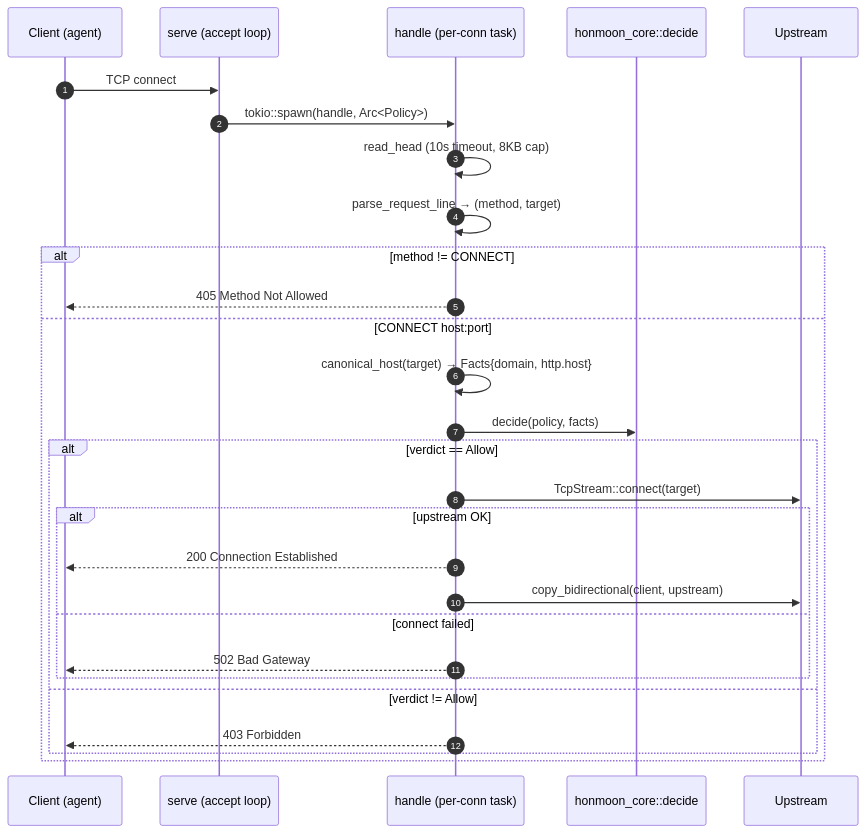
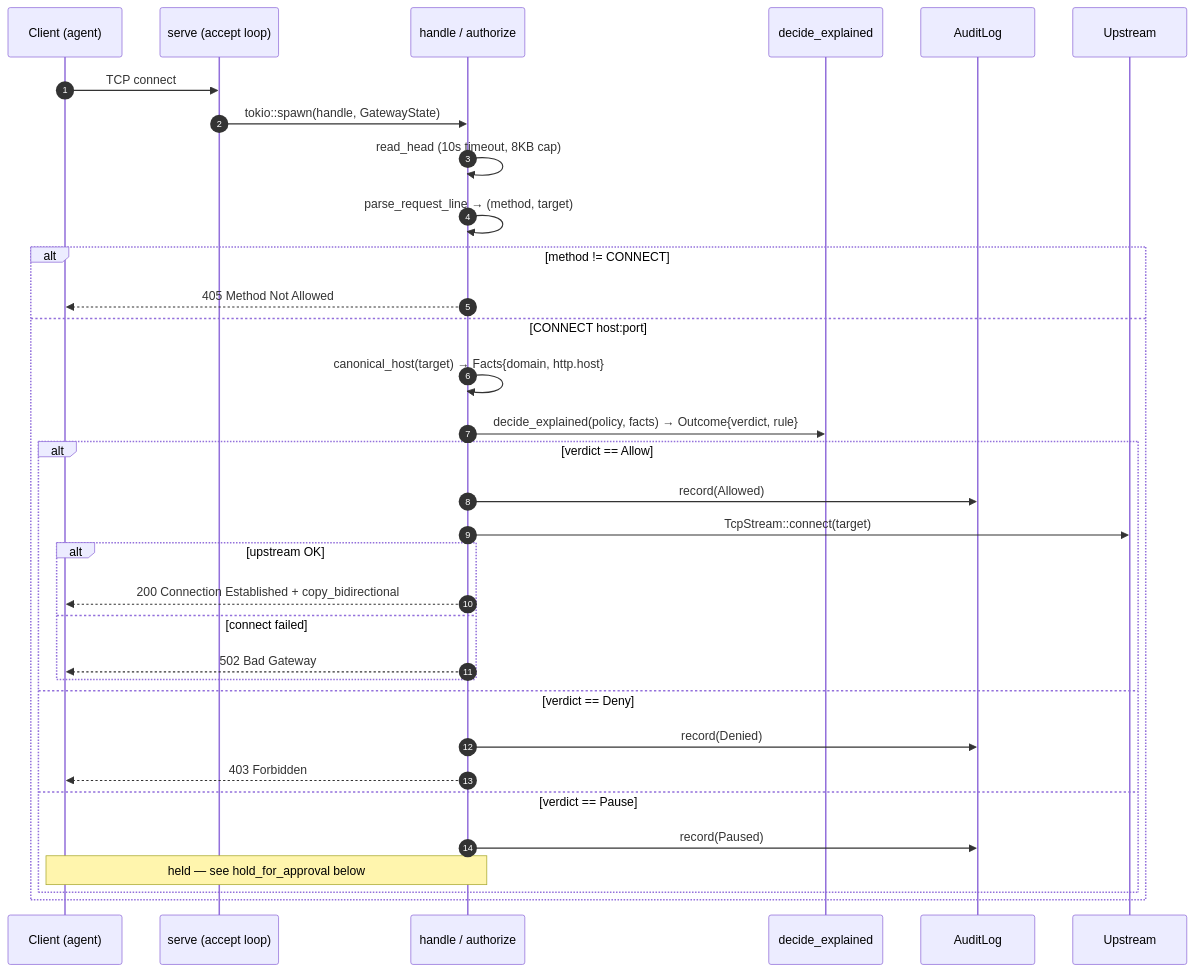
One commit to pleaseai/honmoon changed the first of 3 diagrams in wiki/deep-dive/egress-gateway.md. Above: the diagram before and after it, drawn with Mermaid. The commit also changed other lines of this file and 19 other files, not shown here.

Commit message:
docs(wiki): refresh for Phase 4 (pause approval, audit log, dashboard, honmoon-mgmt)

````diff
--- a/wiki/deep-dive/egress-gateway.md
+++ b/wiki/deep-dive/egress-gateway.md
@@ -47,30 +52,35 @@
 ```mermaid
 sequenceDiagram
   autonumber
   participant C as Client (agent)
   participant S as serve (accept loop)
-  participant H as handle (per-conn task)
-  participant Core as honmoon_core::decide
+  participant H as handle / authorize
+  participant Core as decide_explained
+  participant Audit as AuditLog
   participant U as Upstream
   C->>S: TCP connect
-  S->>H: tokio::spawn(handle, Arc<Policy>)
+  S->>H: tokio::spawn(handle, GatewayState)
   H->>H: read_head (10s timeout, 8KB cap)
   H->>H: parse_request_line → (method, target)
   alt method != CONNECT
     H-->>C: 405 Method Not Allowed
   else CONNECT host:port
     H->>H: canonical_host(target) → Facts{domain, http.host}
-    H->>Core: decide(policy, facts)
+    H->>Core: decide_explained(policy, facts) → Outcome{verdict, rule}
     alt verdict == Allow
+      H->>Audit: record(Allowed)
       H->>U: TcpStream::connect(target)
       alt upstream OK
-        H-->>C: 200 Connection Established
-        H->>U: copy_bidirectional(client, upstream)
+        H-->>C: 200 Connection Established + copy_bidirectional
       else connect failed
         H-->>C: 502 Bad Gateway
       end
-    else verdict != Allow
+    else verdict == Deny
+      H->>Audit: record(Denied)
       H-->>C: 403 Forbidden
+    else verdict == Pause
+      H->>Audit: record(Paused)
+      Note over H,C: held — see hold_for_approval below
     end
   end
 ```
````
